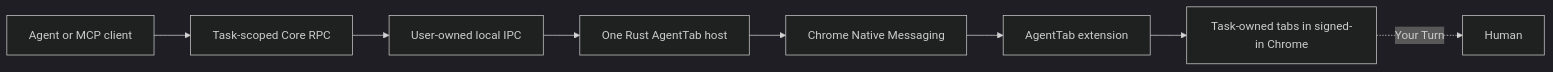
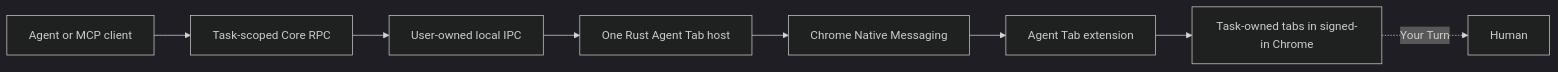
One commit to wolfiesch/agenttab changed the diagram in README.md. Above: the diagram before and after it, drawn with Mermaid (dark theme). The commit also changed other lines of this file and 31 other files, not shown here.

Commit message:
docs: rename Agent Tab and clean repository root

````diff
--- a/README.md
+++ b/README.md
@@ -72,10 +72,10 @@
 ```mermaid
 flowchart LR
     A[Agent or MCP client] --> B[Task-scoped Core RPC]
     B --> C[User-owned local IPC]
-    C --> D[One Rust AgentTab host]
+    C --> D[One Rust Agent Tab host]
     D --> E[Chrome Native Messaging]
-    E --> F[AgentTab extension]
+    E --> F[Agent Tab extension]
     F --> G[Task-owned tabs in signed-in Chrome]
     G -. Your Turn .-> H[Human]
 ```
````
